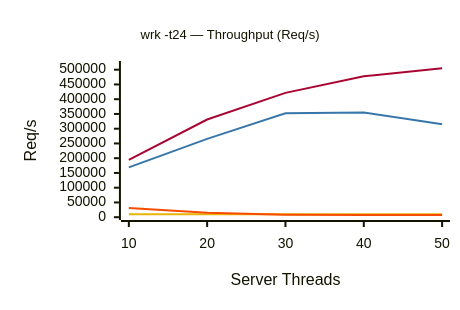
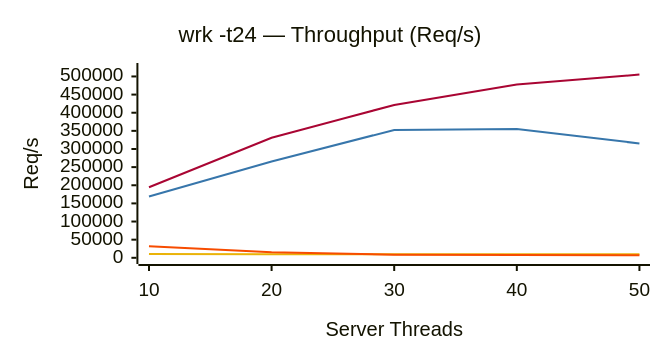
Before and after one commit to erlpython/epython: the second of 4 diagrams in README.md, drawn with Mermaid. The commit also changed other lines of this file, not shown here.

````diff
--- a/README.md
+++ b/README.md
@@ -88,30 +92,34 @@
 ```mermaid
 ---
 config:
   xyChart:
-    width: 440
-    height: 290
-    titleFontSize: 13
-    titlePadding: 18
+    width: 640
+    height: 340
+    titleFontSize: 22
+    titlePadding: 14
     xAxis:
+      labelFontSize: 19
       labelPadding: 8
-      titlePadding: 12
+      titleFontSize: 20
+      titlePadding: 10
     yAxis:
+      labelFontSize: 19
       labelPadding: 8
-      titlePadding: 12
+      titleFontSize: 20
+      titlePadding: 10
   themeVariables:
     xyChart:
       backgroundColor: "transparent"
       plotColorPalette: "#A90533, #3776AB, #EAB308, #F74C00"
   themeCSS: |
-    .main { transform: translate(6px, 14px) scale(0.82, 0.88); transform-origin: 0 0; }
+    .main { transform: translate(6px, 24px) scale(0.68); transform-origin: 0 0; }
 ---
 xychart-beta
     title "wrk -t24 — Throughput (Req/s)"
     x-axis "Server Threads" ["10", "20", "30", "40", "50"]
     y-axis "Req/s" 0 --> 520000
     line [194391, 331119, 421401, 477779, 505087]
     line [168933, 265390, 352548, 355248, 315231]
     line [10398, 9926, 9699, 9749, 9694]
     line [31543, 15186, 8727, 7794, 7272]
 ```
````
